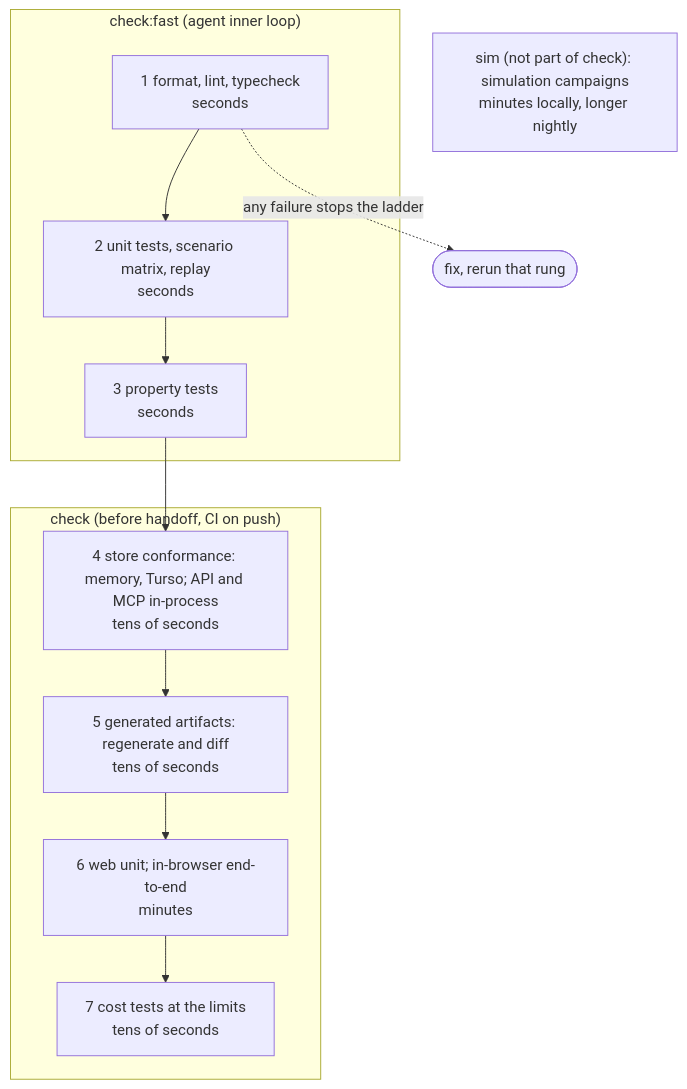
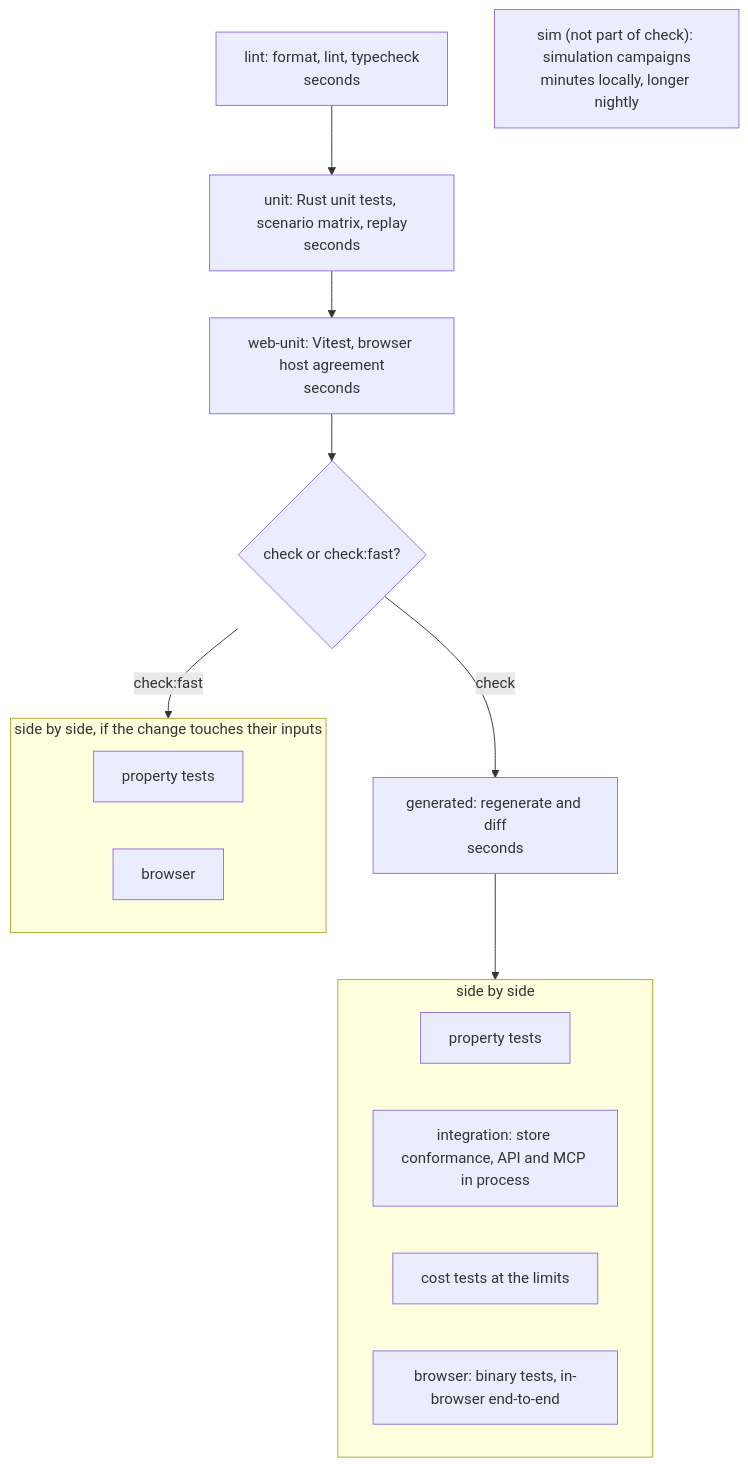
One commit to JacobHayes/cairn changed the diagram in PRACTICES.md. Above: the diagram before and after it, drawn with Mermaid. The commit also changed other lines of this file and 72 other files, not shown here.

````diff
--- a/PRACTICES.md
+++ b/PRACTICES.md
@@ -220,19 +220,19 @@
 ```mermaid
 flowchart TB
-    subgraph fast["check:fast (agent inner loop)"]
-        r1["1 format, lint, typecheck<br/>seconds"]
-        r2["2 unit tests, scenario matrix, replay<br/>seconds"]
-        r3["3 property tests<br/>seconds"]
-        r1 --> r2 --> r3
+    lint["lint: format, lint, typecheck<br/>seconds"] --> unit["unit: Rust unit tests, scenario matrix, replay<br/>seconds"] --> webunit["web-unit: Vitest, browser host agreement<br/>seconds"]
+    webunit --> gate{"check or check:fast?"}
+    gate -- "check" --> generated["generated: regenerate and diff<br/>seconds"]
+    generated --> all
+    subgraph all["side by side"]
+        property["property tests"]
+        integration["integration: store conformance, API and MCP in process"]
+        cost["cost tests at the limits"]
+        browser["browser: binary tests, in-browser end-to-end"]
     end
-    subgraph full["check (before handoff, CI on push)"]
-        r4["4 store conformance: memory, Turso; API and MCP in-process<br/>tens of seconds"]
-        r5["5 generated artifacts: regenerate and diff<br/>tens of seconds"]
-        r6["6 web unit; in-browser end-to-end<br/>minutes"]
-        r7["7 cost tests at the limits<br/>tens of seconds"]
-        r4 --> r5 --> r6 --> r7
+    gate -- "check:fast" --> some
+    subgraph some["side by side, if the change touches their inputs"]
+        property2["property tests"]
+        browser2["browser"]
     end
     sim["sim (not part of check): simulation campaigns<br/>minutes locally, longer nightly"]
-    r3 --> r4
-    r1 -. "any failure stops the ladder" .-> stop([fix, rerun that rung])
 ```
````
